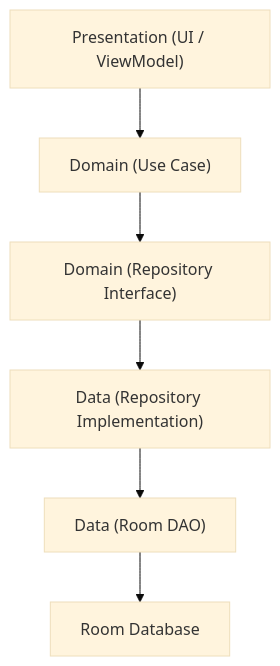
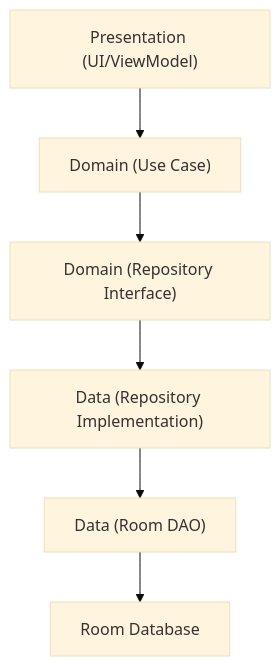
One commit to MartinJunges01/Sistema-de-Gestion-Agronomo-Don-Elio changed the diagram in docs/ARCHITECTURE.md. Above: the diagram before and after it, drawn with Mermaid (base theme).

Commit message:
Actualización docs/ARCHITECTURE.md: ajustes menores en diagrama Mermaid (formato de etiquetas)

````diff
--- a/docs/ARCHITECTURE.md
+++ b/docs/ARCHITECTURE.md
@@ -5,8 +5,8 @@
 ```mermaid
 graph TD
-    UI["Presentation (UI / ViewModel)"] --> UseCase["Domain (Use Case)"]
+    UI["Presentation (UI/ViewModel)"] --> UseCase["Domain (Use Case)"]
     UseCase --> Repository["Domain (Repository Interface)"]
     Repository --> Implementation["Data (Repository Implementation)"]
     Implementation --> DAO["Data (Room DAO)"]
-    DAO --> DB["Room Database"]
+    DAO --> DB[Room Database]
 ```
````
